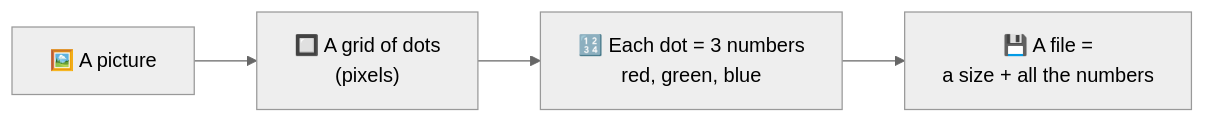
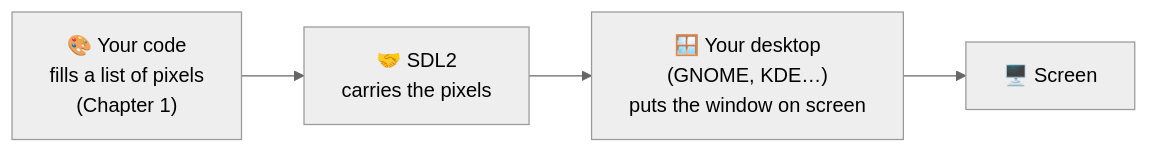
The first of 2 diagrams in docs/en/graphic_and_input_stack/3_work_bench_first_window.md (a-ZINC/Cherno-CPP-Notes), drawn with Mermaid (neutral theme) before and after one commit. The commit also changed other lines of this file, not shown here.

````diff
--- a/docs/en/graphic_and_input_stack/3_work_bench_first_window.md
+++ b/docs/en/graphic_and_input_stack/3_work_bench_first_window.md
@@ -26,4 +27,4 @@
 ```mermaid
 flowchart LR
-  A["🖼️ A picture"] --> B["🔲 A grid of dots<br/>(pixels)"] --> C["🔢 Each dot = 3 numbers<br/>red, green, blue"] --> D["💾 A file =<br/>a size + all the numbers"]
+  A["🎨 Your code<br/>fills a list of pixels<br/>(Chapter 1)"] --> B["🤝 SDL2<br/>carries the pixels"] --> C["🪟 Your desktop<br/>(GNOME, KDE…)<br/>puts the window on screen"] --> D["🖥️ Screen"]
 ```
````
